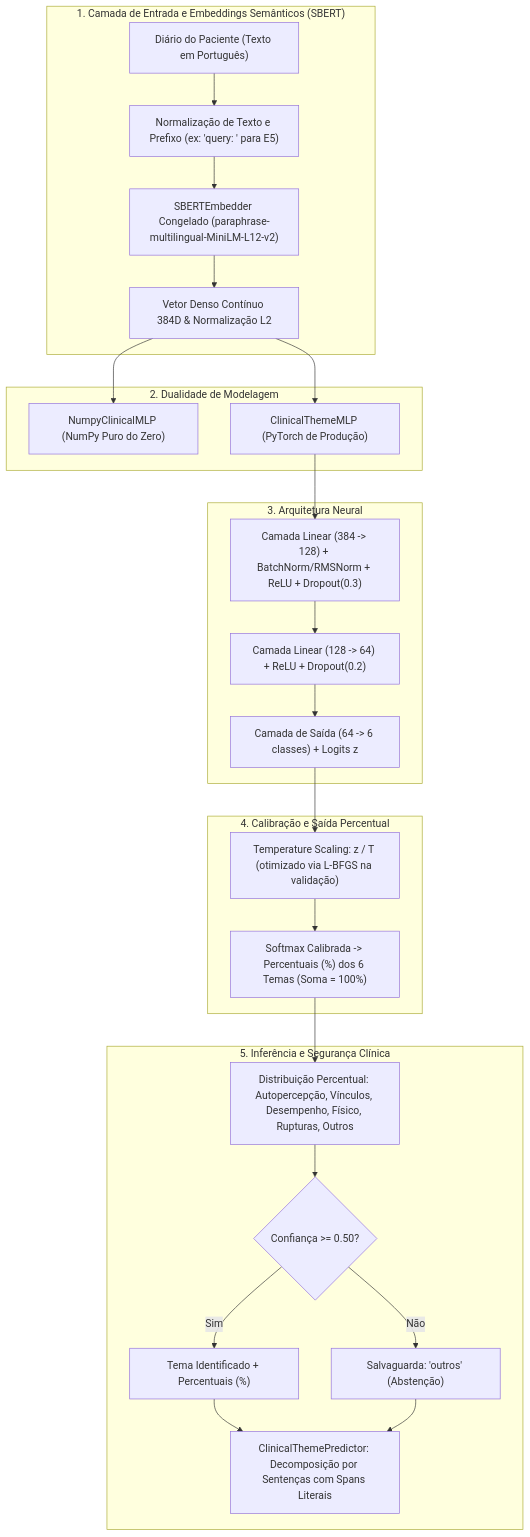
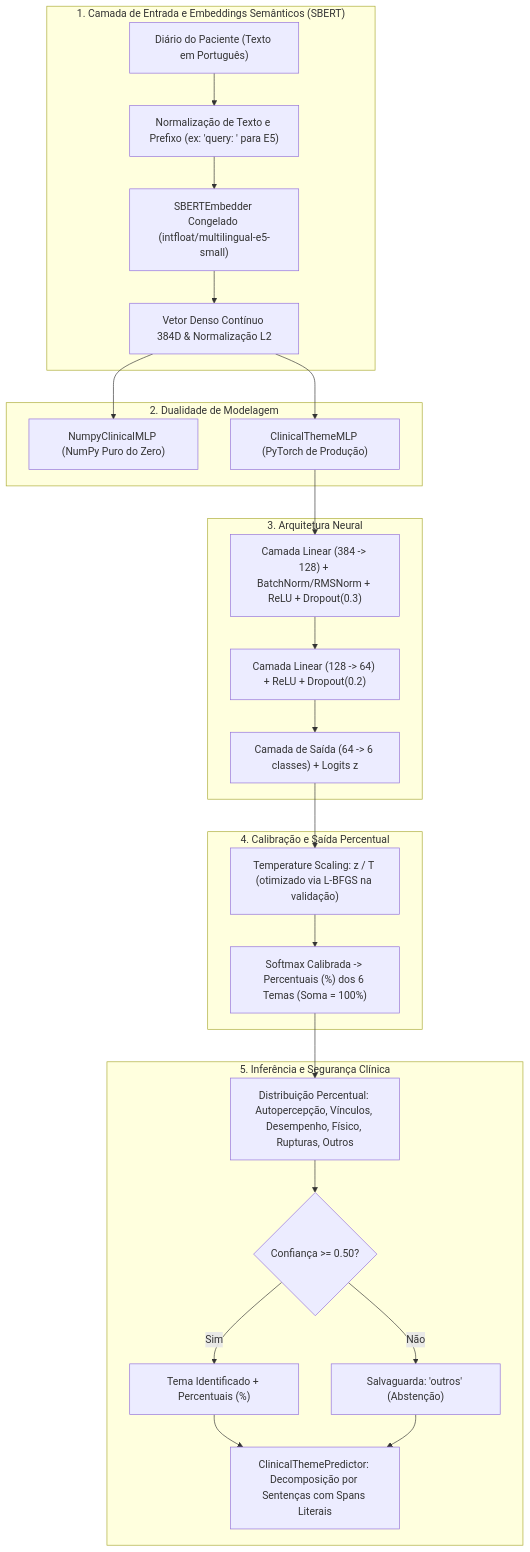
Before and after one commit to 007-Licensa-Para-Executar/challenge-2-base: the diagram in docs/dossie-tecnico-rede-neural.md, drawn with Mermaid. The commit also changed other lines of this file and 28 other files, not shown here.

````diff
--- a/docs/dossie-tecnico-rede-neural.md
+++ b/docs/dossie-tecnico-rede-neural.md
@@ -15,32 +15,32 @@
 ```mermaid
 flowchart TD
     subgraph INP["1. Camada de Entrada e Embeddings Semânticos (SBERT)"]
         RAW["Diário do Paciente (Texto em Português)"] --> PRE["Normalização de Texto e Prefixo (ex: 'query: ' para E5)"]
-        PRE --> SBERT["SBERTEmbedder Congelado (paraphrase-multilingual-MiniLM-L12-v2)"]
+        PRE --> SBERT["SBERTEmbedder Congelado (intfloat/multilingual-e5-small)"]
         SBERT --> EMB["Vetor Denso Contínuo 384D & Normalização L2"]
     end
 
     subgraph DUO["2. Dualidade de Modelagem"]
         EMB --> NUMPY["NumpyClinicalMLP (NumPy Puro do Zero)"]
         EMB --> TORCH["ClinicalThemeMLP (PyTorch de Produção)"]
     end
 
     subgraph CORE["3. Arquitetura Neural"]
         TORCH --> L1["Camada Linear (384 -> 128) + BatchNorm/RMSNorm + ReLU + Dropout(0.3)"]
         L1 --> L2["Camada Linear (128 -> 64) + ReLU + Dropout(0.2)"]
         L2 --> L3["Camada de Saída (64 -> 6 classes) + Logits z"]
     end
 
     subgraph CALIB["4. Calibração e Saída Percentual"]
         L3 --> TS["Temperature Scaling: z / T (otimizado via L-BFGS na validação)"]
         TS --> SOFT["Softmax Calibrada -> Percentuais (%) dos 6 Temas (Soma = 100%)"]
     end
 
     subgraph CLIN["5. Inferência e Segurança Clínica"]
         SOFT --> PROB["Distribuição Percentual: Autopercepção, Vínculos, Desempenho, Físico, Rupturas, Outros"]
         PROB --> CHECK{"Confiança >= 0.50?"}
         CHECK -->|Sim| DET["Tema Identificado + Percentuais (%)"]
         CHECK -->|Não| ABS["Salvaguarda: 'outros' (Abstenção)"]
         DET & ABS --> SPAN["ClinicalThemePredictor: Decomposição por Sentenças com Spans Literais"]
     end
 ```
````
